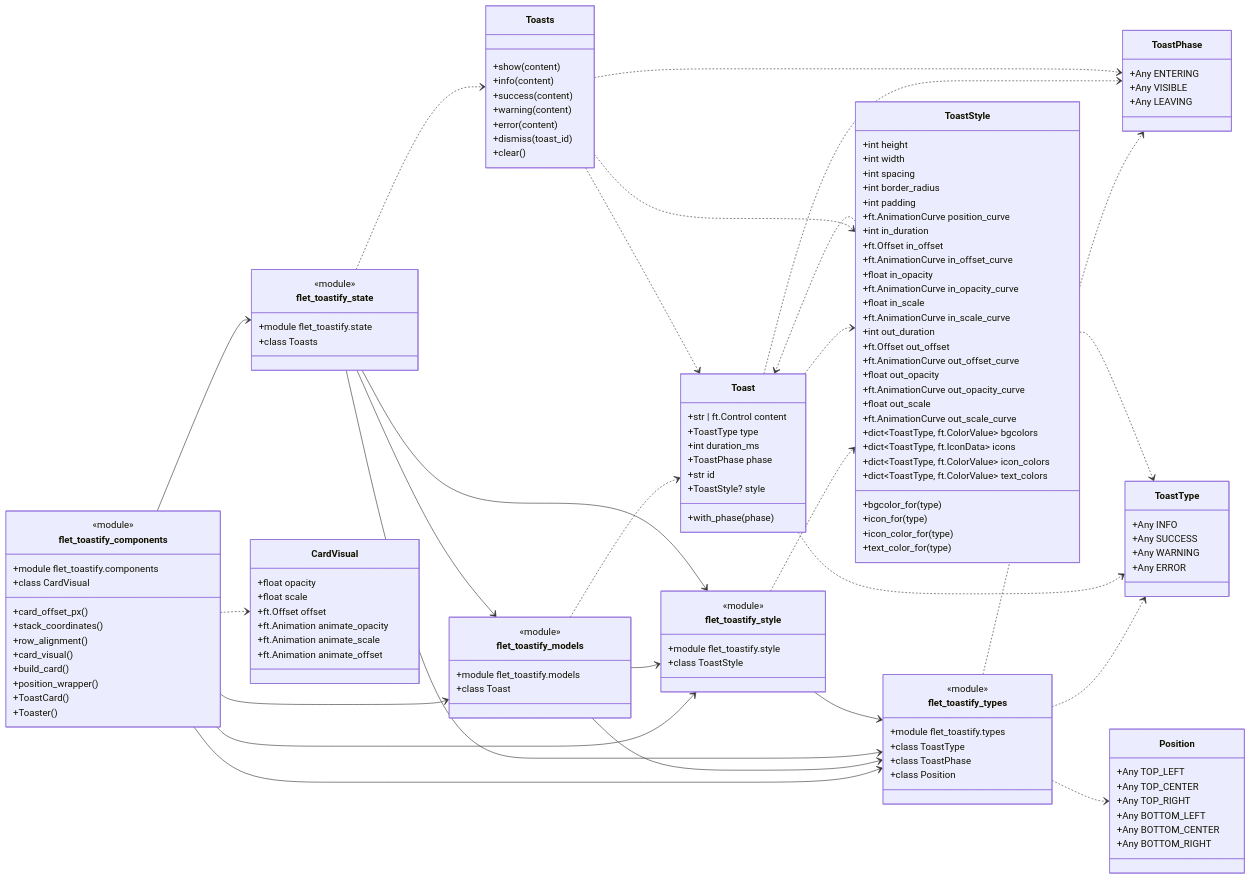
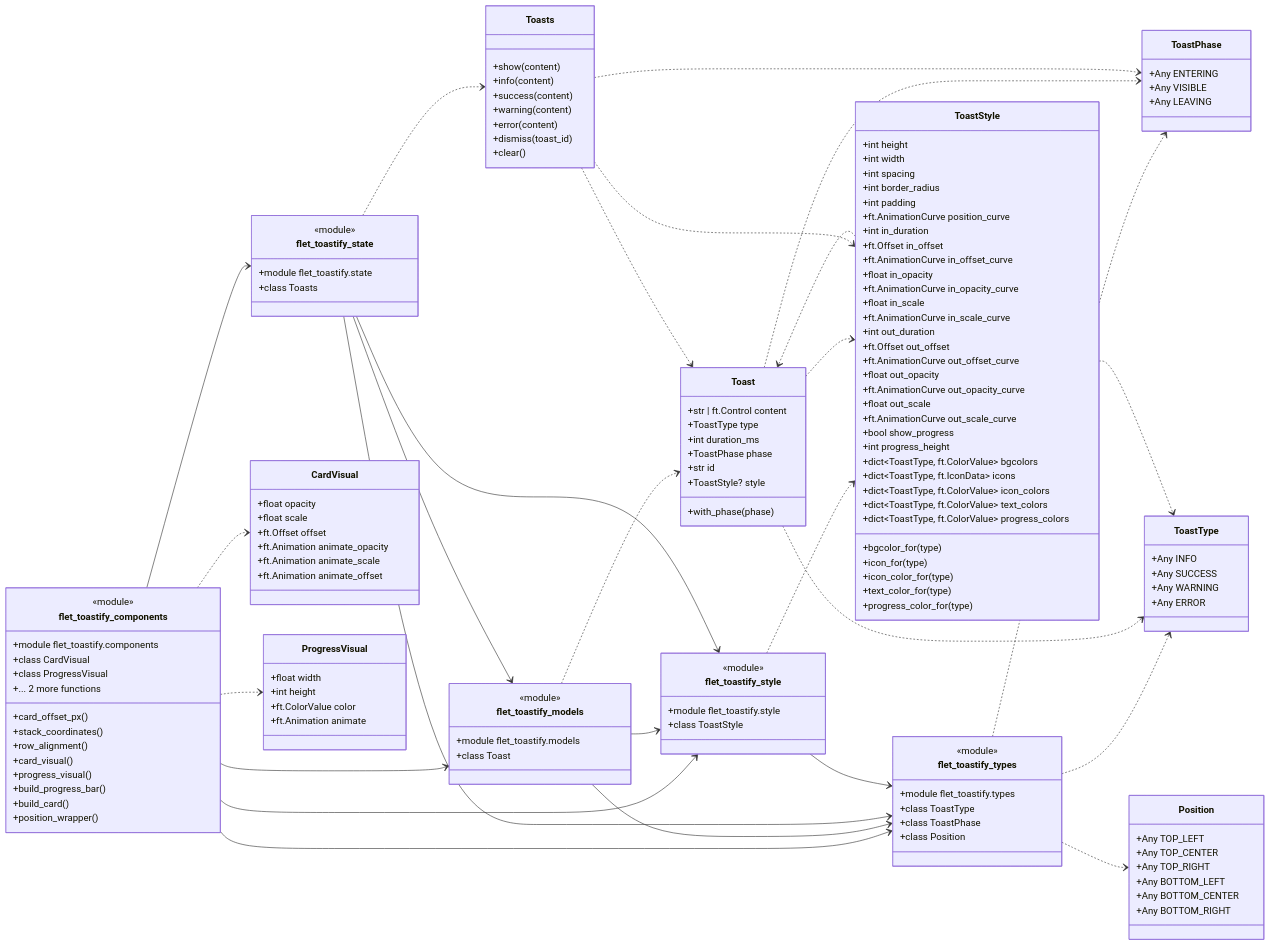
The diagram in docs/assets/diagrams/generated/hybrid.mmd (brunobrown/flet-toastify), drawn with Mermaid before and after one commit. The commit also changed 13 other files, not shown here.

Commit message:
feat: adiciona progress bar de auto-dismiss (estilo react-toastify)

```diff
--- a/docs/assets/diagrams/generated/hybrid.mmd
+++ b/docs/assets/diagrams/generated/hybrid.mmd
@@ -1,151 +1,165 @@
 classDiagram
   direction LR
   %% flet-toastify generated architecture diagrams: hybrid modules and classes
 
   class flet_toastify_components {
     <<module>>
     +module flet_toastify.components
     +class CardVisual
+    +class ProgressVisual
     +card_offset_px()
     +stack_coordinates()
     +row_alignment()
     +card_visual()
+    +progress_visual()
+    +build_progress_bar()
     +build_card()
     +position_wrapper()
-    +ToastCard()
-    +Toaster()
+    +... 2 more functions
   }
 
   class flet_toastify_models {
     <<module>>
     +module flet_toastify.models
     +class Toast
   }
 
   class flet_toastify_state {
     <<module>>
     +module flet_toastify.state
     +class Toasts
   }
 
   class flet_toastify_style {
     <<module>>
     +module flet_toastify.style
     +class ToastStyle
   }
 
   class flet_toastify_types {
     <<module>>
     +module flet_toastify.types
     +class ToastType
     +class ToastPhase
     +class Position
   }
 
   class CardVisual {
     +float opacity
     +float scale
     +ft.Offset offset
     +ft.Animation animate_opacity
     +ft.Animation animate_scale
     +ft.Animation animate_offset
+  }
+
+  class ProgressVisual {
+    +float width
+    +int height
+    +ft.ColorValue color
+    +ft.Animation animate
   }
 
   class Toast {
     +str | ft.Control content
     +ToastType type
     +int duration_ms
     +ToastPhase phase
     +str id
     +ToastStyle? style
     +with_phase(phase)
   }
 
   class Toasts {
     +show(content)
     +info(content)
     +success(content)
     +warning(content)
     +error(content)
     +dismiss(toast_id)
     +clear()
   }
 
   class ToastStyle {
     +int height
     +int width
     +int spacing
     +int border_radius
     +int padding
     +ft.AnimationCurve position_curve
     +int in_duration
     +ft.Offset in_offset
     +ft.AnimationCurve in_offset_curve
     +float in_opacity
     +ft.AnimationCurve in_opacity_curve
     +float in_scale
     +ft.AnimationCurve in_scale_curve
     +int out_duration
     +ft.Offset out_offset
     +ft.AnimationCurve out_offset_curve
     +float out_opacity
     +ft.AnimationCurve out_opacity_curve
     +float out_scale
     +ft.AnimationCurve out_scale_curve
+    +bool show_progress
+    +int progress_height
     +dict~ToastType, ft.ColorValue~ bgcolors
     +dict~ToastType, ft.IconData~ icons
     +dict~ToastType, ft.ColorValue~ icon_colors
     +dict~ToastType, ft.ColorValue~ text_colors
+    +dict~ToastType, ft.ColorValue~ progress_colors
     +bgcolor_for(type)
     +icon_for(type)
     +icon_color_for(type)
     +text_color_for(type)
+    +progress_color_for(type)
   }
 
   class Position {
     +Any TOP_LEFT
     +Any TOP_CENTER
     +Any TOP_RIGHT
     +Any BOTTOM_LEFT
     +Any BOTTOM_CENTER
     +Any BOTTOM_RIGHT
   }
 
   class ToastPhase {
     +Any ENTERING
     +Any VISIBLE
     +Any LEAVING
   }
 
   class ToastType {
     +Any INFO
     +Any SUCCESS
     +Any WARNING
     +Any ERROR
   }
 
   flet_toastify_components ..> CardVisual
+  flet_toastify_components ..> ProgressVisual
   flet_toastify_models ..> Toast
   flet_toastify_state ..> Toasts
   flet_toastify_style ..> ToastStyle
   flet_toastify_types ..> Position
   flet_toastify_types ..> ToastPhase
   flet_toastify_types ..> ToastType
   Toast ..> ToastPhase
   Toast ..> ToastStyle
   Toast ..> ToastType
   Toasts ..> Toast
   Toasts ..> ToastPhase
   Toasts ..> ToastStyle
   ToastStyle ..> Toast
   ToastStyle ..> ToastType
   flet_toastify_components --> flet_toastify_models
   flet_toastify_components --> flet_toastify_state
   flet_toastify_components --> flet_toastify_style
   flet_toastify_components --> flet_toastify_types
   flet_toastify_models --> flet_toastify_style
   flet_toastify_models --> flet_toastify_types
   flet_toastify_state --> flet_toastify_models
   flet_toastify_state --> flet_toastify_style
   flet_toastify_state --> flet_toastify_types
   flet_toastify_style --> flet_toastify_types
```
